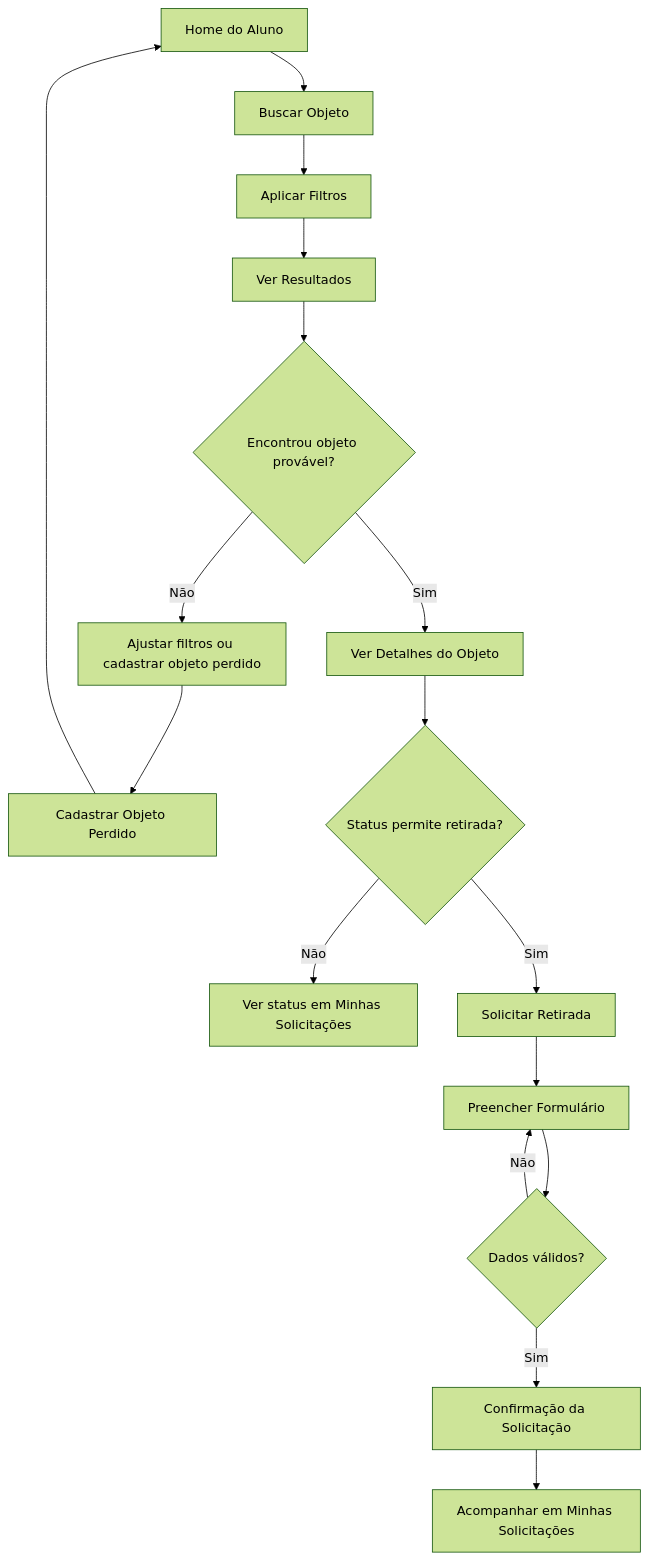
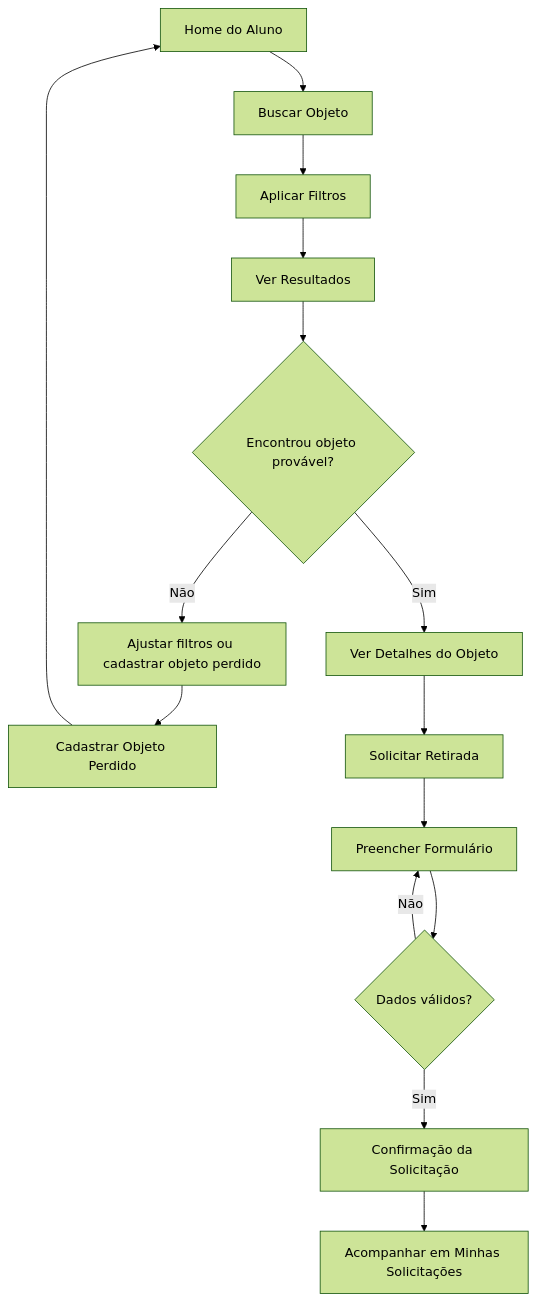
One commit to guisiq/projeto-de-interface changed the second of 3 diagrams in template-preenchido/projeto-achados-perdidos-unitins.md. Above: the diagram before and after it, drawn with Mermaid (forest theme). The commit also changed other lines of this file and 121 other files, not shown here.

````diff
--- a/template-preenchido/projeto-achados-perdidos-unitins.md
+++ b/template-preenchido/projeto-achados-perdidos-unitins.md
@@ -280,23 +280,19 @@
 ```mermaid
 flowchart TD
   A[Home do Aluno] --> B[Buscar Objeto]
   B --> C[Aplicar Filtros]
   C --> D[Ver Resultados]
   D --> E{Encontrou objeto provável?}
 
   E -->|Não| F[Ajustar filtros ou cadastrar objeto perdido]
   F --> G[Cadastrar Objeto Perdido]
   G --> A
 
   E -->|Sim| H[Ver Detalhes do Objeto]
-  H --> I{Status permite retirada?}
-
-  I -->|Não| J[Ver status em Minhas Solicitações]
-
-  I -->|Sim| K[Solicitar Retirada]
+  H --> K[Solicitar Retirada]
   K --> L[Preencher Formulário]
   L --> M{Dados válidos?}
   M -->|Não| L
   M -->|Sim| N[Confirmação da Solicitação]
   N --> O[Acompanhar em Minhas Solicitações]
 ```
````
